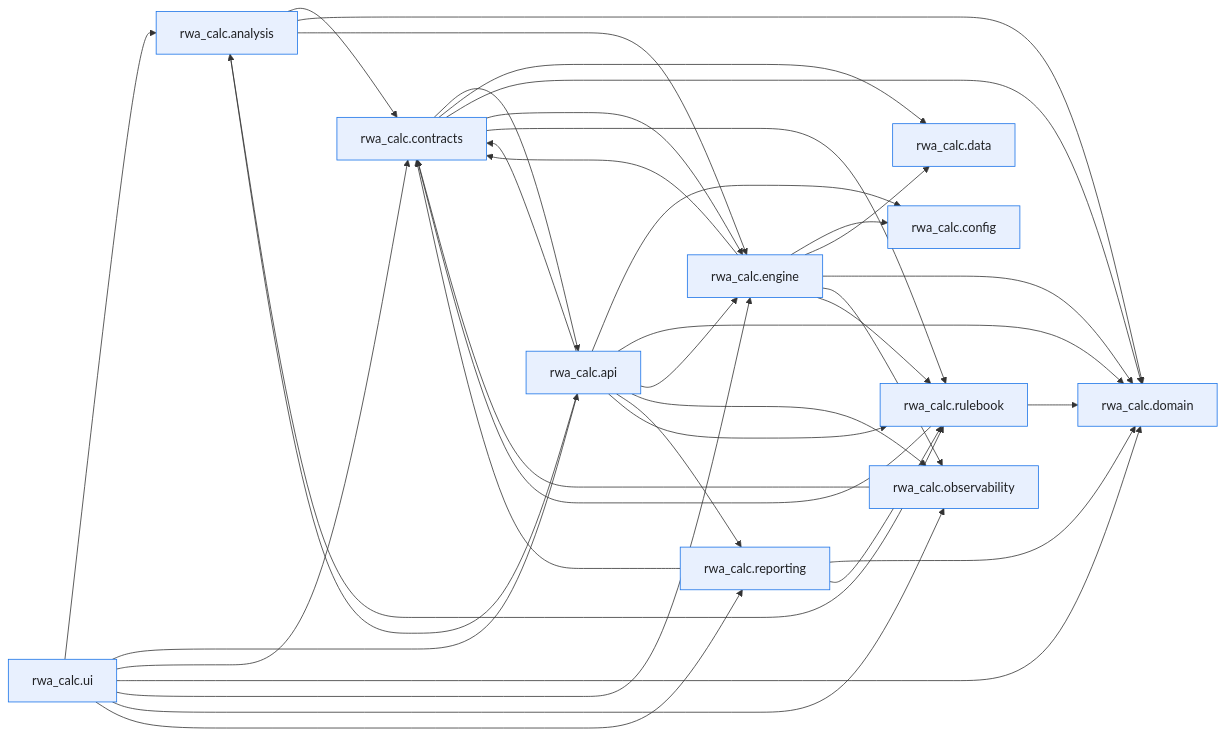
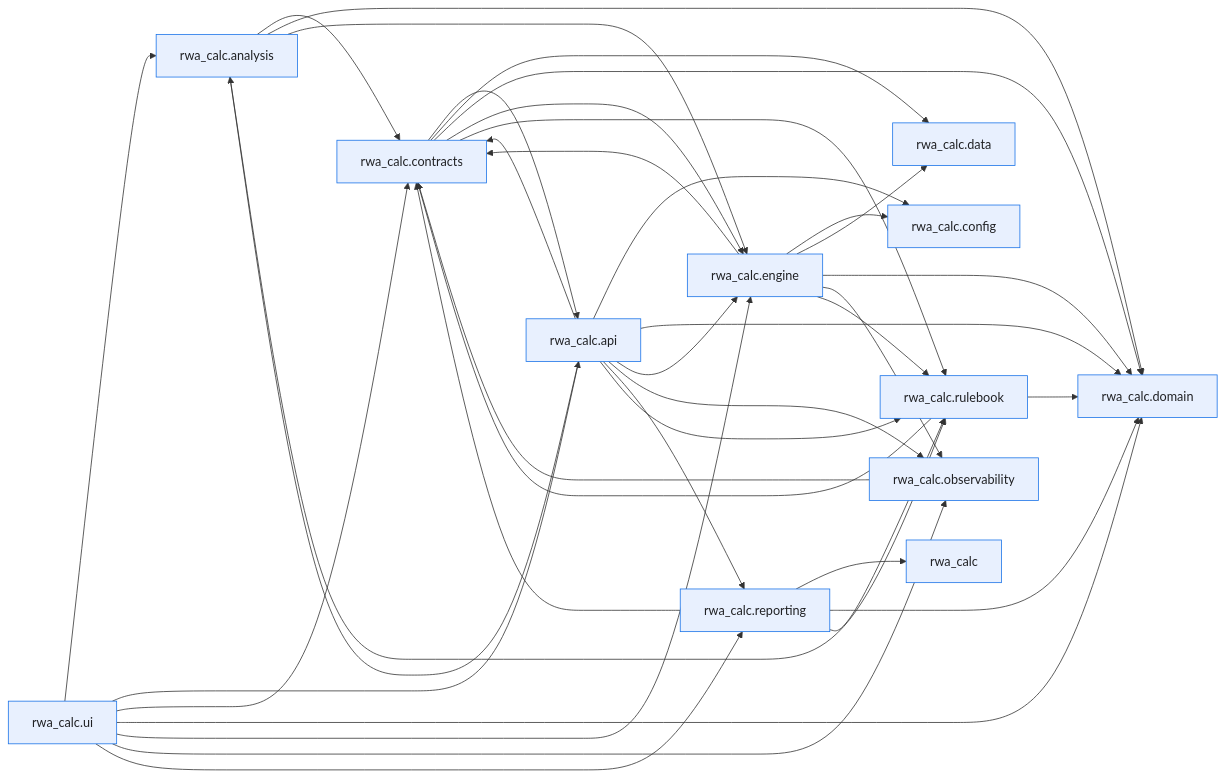
The first of 2 diagrams in docs/development/module-dependencies.md (OpenAfterHours/rwa_calculator), drawn with Mermaid before and after one commit. The commit also changed other lines of this file and 7 other files, not shown here.

````diff
--- a/docs/development/module-dependencies.md
+++ b/docs/development/module-dependencies.md
@@ -27,52 +27,54 @@
 ```mermaid
 flowchart LR
-    p0["rwa_calc.analysis"]
-    p1["rwa_calc.api"]
-    p2["rwa_calc.config"]
-    p3["rwa_calc.contracts"]
-    p4["rwa_calc.data"]
-    p5["rwa_calc.domain"]
-    p6["rwa_calc.engine"]
-    p7["rwa_calc.observability"]
-    p8["rwa_calc.reporting"]
-    p9["rwa_calc.rulebook"]
-    p10["rwa_calc.ui"]
-    p0 --> p3
-    p0 --> p5
-    p0 --> p6
-    p0 --> p9
-    p1 --> p0
-    p1 --> p2
-    p1 --> p3
-    p1 --> p5
+    p0["rwa_calc"]
+    p1["rwa_calc.analysis"]
+    p2["rwa_calc.api"]
+    p3["rwa_calc.config"]
+    p4["rwa_calc.contracts"]
+    p5["rwa_calc.data"]
+    p6["rwa_calc.domain"]
+    p7["rwa_calc.engine"]
+    p8["rwa_calc.observability"]
+    p9["rwa_calc.reporting"]
+    p10["rwa_calc.rulebook"]
+    p11["rwa_calc.ui"]
+    p1 --> p4
     p1 --> p6
     p1 --> p7
-    p1 --> p8
-    p1 --> p9
-    p3 --> p1
-    p3 --> p4
-    p3 --> p5
-    p3 --> p6
-    p3 --> p9
-    p6 --> p2
-    p6 --> p3
-    p6 --> p4
-    p6 --> p5
-    p6 --> p7
-    p6 --> p9
+    p1 --> p10
+    p2 --> p1
+    p2 --> p3
+    p2 --> p4
+    p2 --> p6
+    p2 --> p7
+    p2 --> p8
+    p2 --> p9
+    p2 --> p10
+    p4 --> p2
+    p4 --> p5
+    p4 --> p6
+    p4 --> p7
+    p4 --> p10
     p7 --> p3
-    p8 --> p3
-    p8 --> p5
-    p8 --> p9
-    p9 --> p3
-    p9 --> p5
-    p10 --> p0
-    p10 --> p1
-    p10 --> p3
-    p10 --> p5
+    p7 --> p4
+    p7 --> p5
+    p7 --> p6
+    p7 --> p8
+    p7 --> p10
+    p8 --> p4
+    p9 --> p0
+    p9 --> p4
+    p9 --> p6
+    p9 --> p10
+    p10 --> p4
     p10 --> p6
-    p10 --> p7
-    p10 --> p8
+    p11 --> p1
+    p11 --> p2
+    p11 --> p4
+    p11 --> p6
+    p11 --> p7
+    p11 --> p8
+    p11 --> p9
     classDef first_party fill:#e8f0fe,stroke:#1a73e8,color:#202124
-    class p0,p1,p2,p3,p4,p5,p6,p7,p8,p9,p10 first_party
+    class p0,p1,p2,p3,p4,p5,p6,p7,p8,p9,p10,p11 first_party
 ```
````
